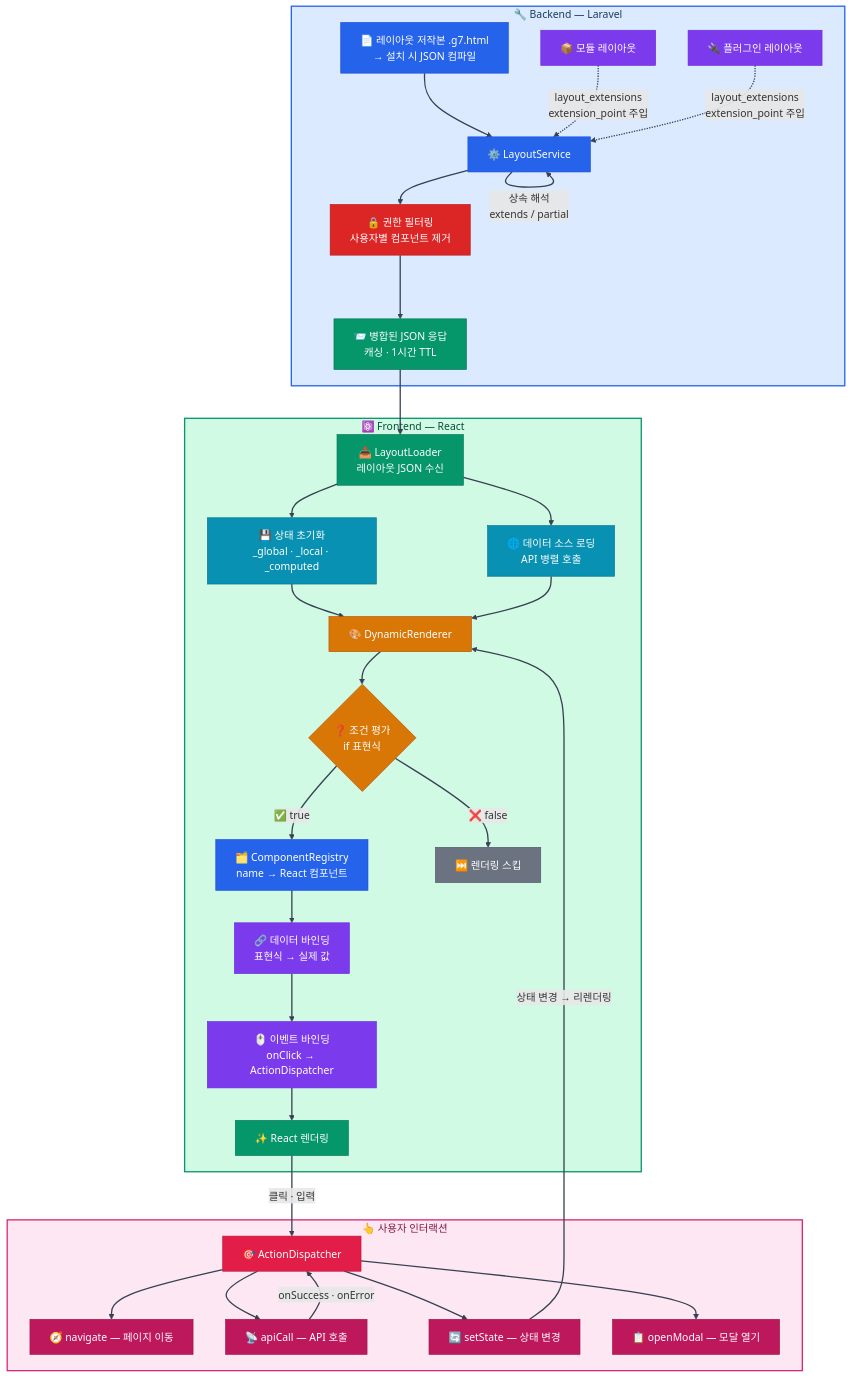
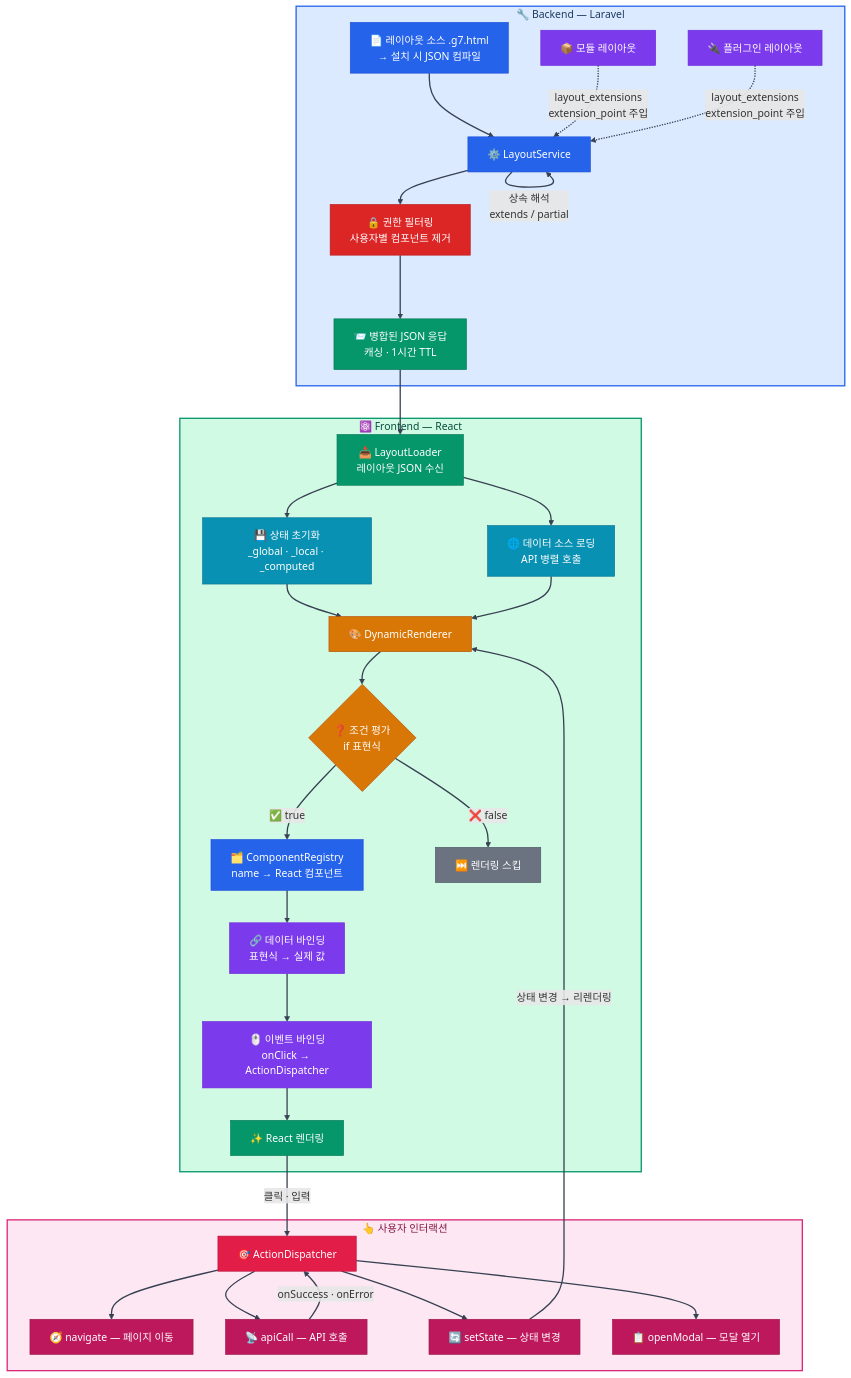
The diagram in README.ko.md (gnuboard/g7), drawn with Mermaid before and after one commit. The commit also changed other lines of this file and 350 other files, not shown here.

````diff
--- a/README.ko.md
+++ b/README.ko.md
@@ -118,66 +113,66 @@
 ```mermaid
 flowchart TB
     subgraph Backend ["🔧 Backend — Laravel"]
-        A["📄 레이아웃 저작본 .g7.html<br/>→ 설치 시 JSON 컴파일"] --> B["⚙️ LayoutService"]
+        A["📄 레이아웃 소스 .g7.html<br/>→ 설치 시 JSON 컴파일"] --> B["⚙️ LayoutService"]
         B --> |"상속 해석<br/>extends / partial"| B
         M["📦 모듈 레이아웃"] -.-> |"layout_extensions<br/>extension_point 주입"| B
         P["🔌 플러그인 레이아웃"] -.-> |"layout_extensions<br/>extension_point 주입"| B
         B --> C["🔒 권한 필터링<br/>사용자별 컴포넌트 제거"]
         C --> D["📨 병합된 JSON 응답<br/>캐싱 · 1시간 TTL"]
     end
 
     subgraph Frontend ["⚛️ Frontend — React"]
         D --> E["📥 LayoutLoader<br/>레이아웃 JSON 수신"]
         E --> F["💾 상태 초기화<br/>_global · _local · _computed"]
         E --> G["🌐 데이터 소스 로딩<br/>API 병렬 호출"]
         F & G --> H["🎨 DynamicRenderer"]
 
         H --> I{"❓ 조건 평가<br/>if 표현식"}
         I --> |"✅ true"| J["🗂️ ComponentRegistry<br/>name → React 컴포넌트"]
         I --> |"❌ false"| K["⏭️ 렌더링 스킵"]
 
         J --> L["🔗 데이터 바인딩<br/>표현식 → 실제 값"]
         L --> N["🖱️ 이벤트 바인딩<br/>onClick → ActionDispatcher"]
         N --> O["✨ React 렌더링"]
     end
 
     subgraph Actions ["👆 사용자 인터랙션"]
         O --> |"클릭 · 입력"| Q["🎯 ActionDispatcher"]
         Q --> R["🧭 navigate — 페이지 이동"]
         Q --> S["📡 apiCall — API 호출"]
         Q --> T["🔄 setState — 상태 변경"]
         Q --> U["📋 openModal — 모달 열기"]
         S --> |"onSuccess · onError"| Q
         T --> |"상태 변경 → 리렌더링"| H
     end
 
     style Backend fill:#dbeafe,stroke:#2563eb,stroke-width:2px,color:#1e3a5f
     style Frontend fill:#d1fae5,stroke:#059669,stroke-width:2px,color:#064e3b
     style Actions fill:#fce7f3,stroke:#db2777,stroke-width:2px,color:#831843
 
     style A fill:#2563eb,stroke:#1d4ed8,color:#fff
     style B fill:#2563eb,stroke:#1d4ed8,color:#fff
     style M fill:#7c3aed,stroke:#6d28d9,color:#fff
     style P fill:#7c3aed,stroke:#6d28d9,color:#fff
     style C fill:#dc2626,stroke:#b91c1c,color:#fff
     style D fill:#059669,stroke:#047857,color:#fff
 
     style E fill:#059669,stroke:#047857,color:#fff
     style F fill:#0891b2,stroke:#0e7490,color:#fff
     style G fill:#0891b2,stroke:#0e7490,color:#fff
     style H fill:#d97706,stroke:#b45309,color:#fff
     style I fill:#d97706,stroke:#b45309,color:#fff
     style J fill:#2563eb,stroke:#1d4ed8,color:#fff
     style K fill:#6b7280,stroke:#4b5563,color:#fff
     style L fill:#7c3aed,stroke:#6d28d9,color:#fff
     style N fill:#7c3aed,stroke:#6d28d9,color:#fff
     style O fill:#059669,stroke:#047857,color:#fff
 
     style Q fill:#e11d48,stroke:#be123c,color:#fff
     style R fill:#be185d,stroke:#9d174d,color:#fff
     style S fill:#be185d,stroke:#9d174d,color:#fff
     style T fill:#be185d,stroke:#9d174d,color:#fff
     style U fill:#be185d,stroke:#9d174d,color:#fff
 
     linkStyle default stroke:#374151,stroke-width:2px
 ```
````
